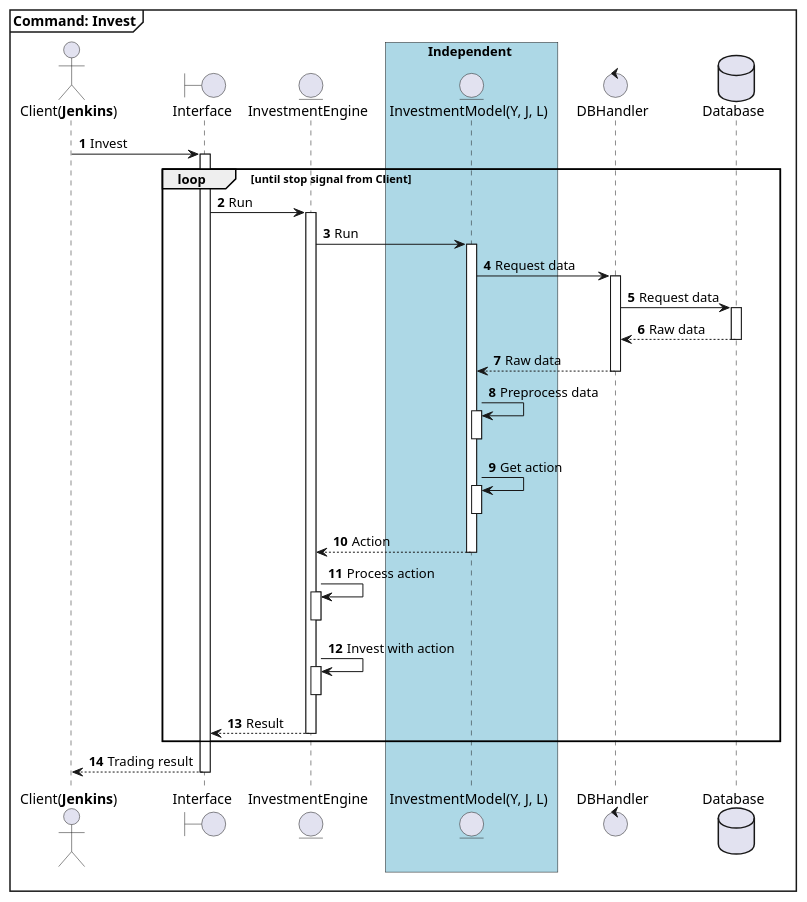
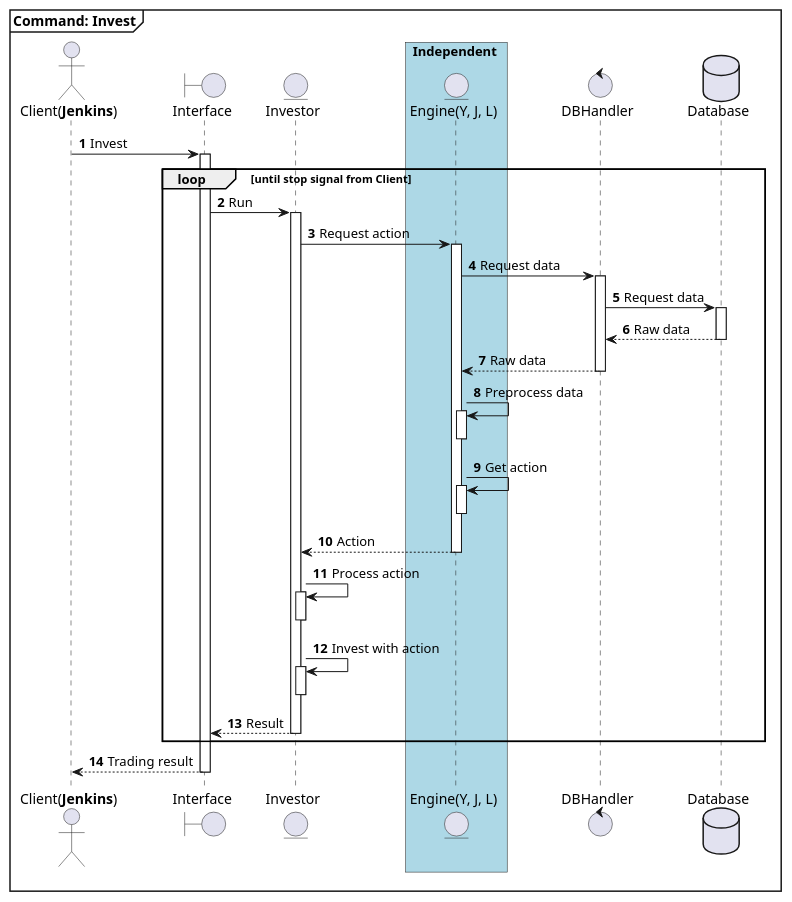
One commit to djy-git/trading-system changed the diagram in algorithm/sequence diagram/seq diagram - invest.puml. Above: the diagram before and after it, drawn with PlantUML. The commit also changed 12 other files, not shown here.

```diff
--- a/algorithm/sequence diagram/seq diagram - invest.puml
+++ b/algorithm/sequence diagram/seq diagram - invest.puml
@@ -1,44 +1,44 @@
 @startuml
 autonumber
 
 mainframe **Command: Invest**
 
 actor "Client(**Jenkins**)" as C
 boundary Interface as I
-entity InvestmentEngine as IE
+entity Investor as IE
 
 box Independent #LightBlue
-entity "InvestmentModel(Y, J, L)" as M
+entity "Engine(Y, J, L)" as M
 end box
 
 control DBHandler as DBH
 database Database as DB
 
 C -> I ++: Invest
     loop #transparent until stop signal from Client
         I -> IE ++: Run
-            IE -> M ++: Run
+            IE -> M ++: Request action
                 M -> DBH ++: Request data
                     DBH -> DB ++: Request data
                         return Raw data
                     return Raw data
 
                 M -> M ++: Preprocess data
                 deactivate
 
                 M -> M ++: Get action
                 deactivate
 
                 return Action
 
             IE -> IE ++: Process action
             deactivate
 
             IE -> IE ++: Invest with action
             deactivate
 
             return Result
     end
 
     return Trading result
 @enduml
```
